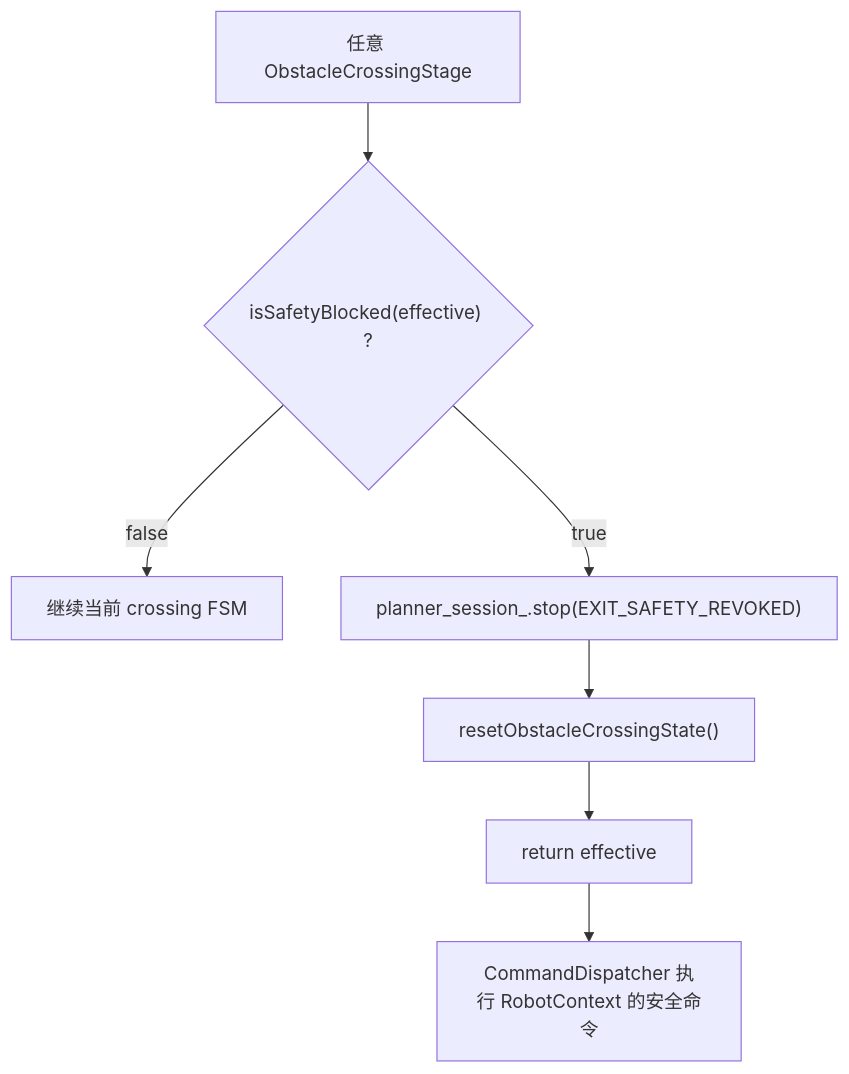
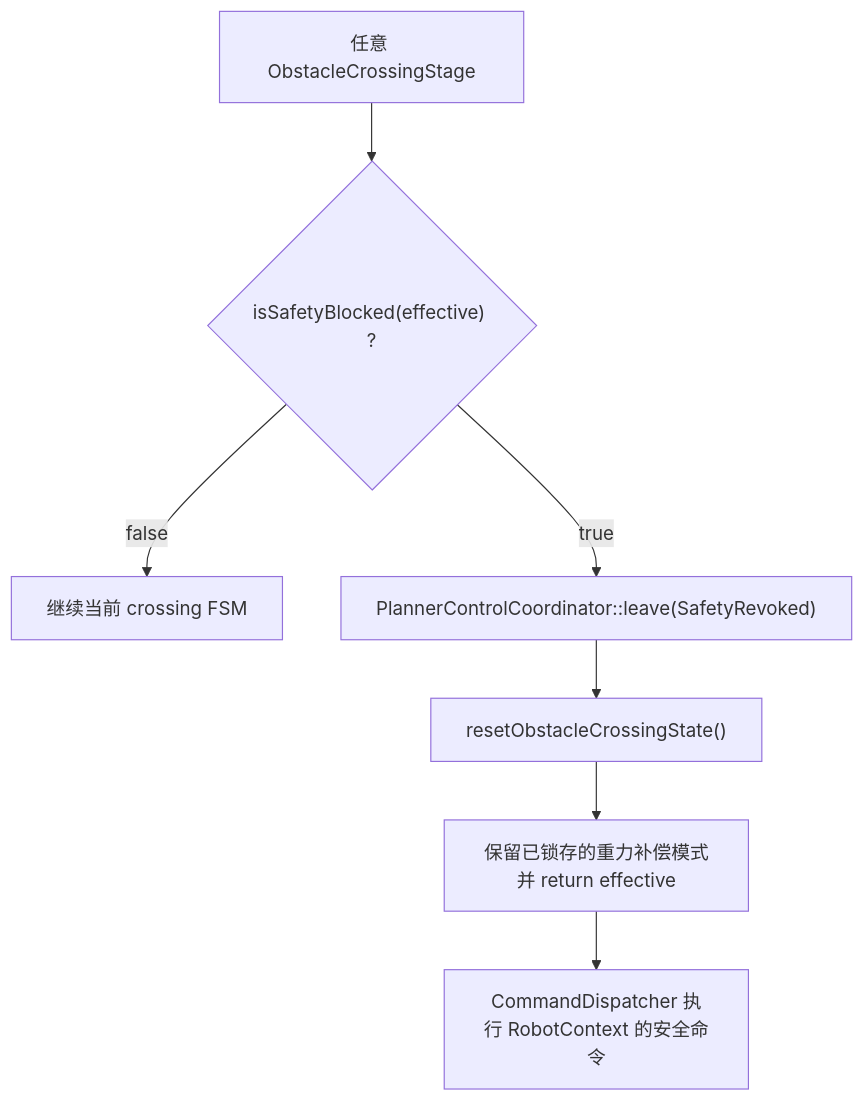
Diagram 12 of 12 in b29_controllers/b29_smc_auto_controller/OBSTACLE_CROSSING_WORKFLOW.md (major173/b29_control), drawn with Mermaid before and after one commit. The commit also changed other lines of this file and 63 other files, not shown here.

Commit message:
Complete the development of the obstacle crossing workflow, integrate the motion planner, and enable lower-level remote control access during obstacle crossing.

````diff
--- a/b29_controllers/b29_smc_auto_controller/OBSTACLE_CROSSING_WORKFLOW.md
+++ b/b29_controllers/b29_smc_auto_controller/OBSTACLE_CROSSING_WORKFLOW.md
@@ -834,9 +811,9 @@
 ```mermaid
 flowchart TD
   S0["任意 ObstacleCrossingStage"] --> S1{"isSafetyBlocked(effective) ?"}
   S1 -- false --> S2["继续当前 crossing FSM"]
-  S1 -- true --> S3["planner_session_.stop(EXIT_SAFETY_REVOKED)"]
+  S1 -- true --> S3["PlannerControlCoordinator::leave(SafetyRevoked)"]
   S3 --> S4["resetObstacleCrossingState()"]
-  S4 --> S5["return effective"]
+  S4 --> S5["保留已锁存的重力补偿模式并 return effective"]
   S5 --> S6["CommandDispatcher 执行 RobotContext 的安全命令"]
 ```
````
